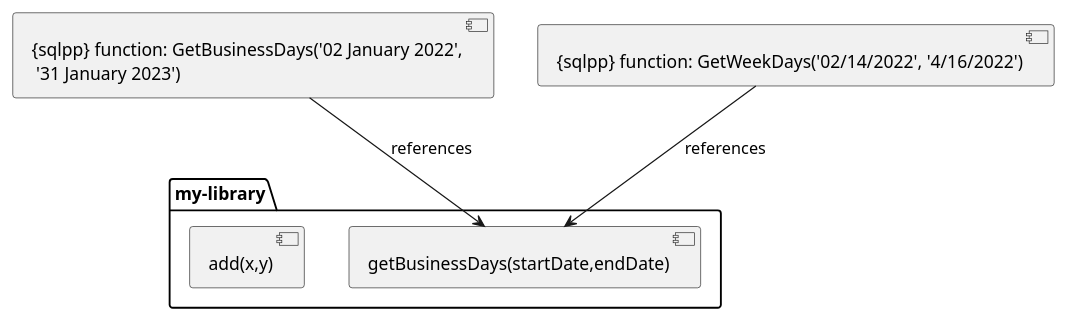
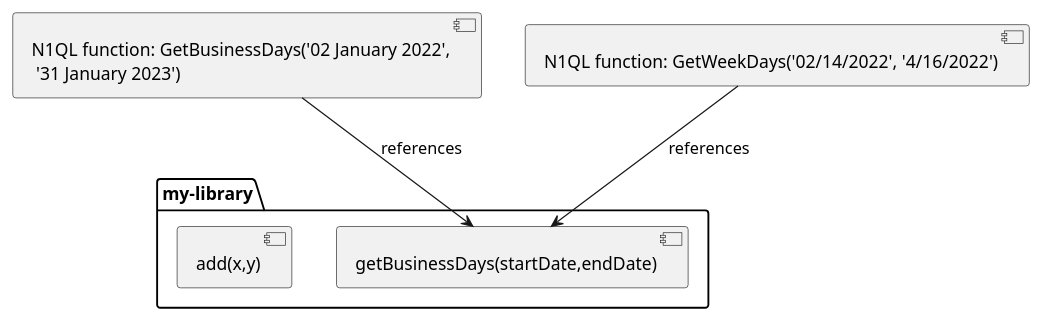
The first of 3 diagrams in modules/guides/partials/javascript-udfs/diagrams-plantuml.adoc (couchbase/docs-server), drawn with PlantUML before and after one commit. The commit also changed other lines of this file and 13 other files, not shown here.

```diff
--- a/modules/guides/partials/javascript-udfs/diagrams-plantuml.adoc
+++ b/modules/guides/partials/javascript-udfs/diagrams-plantuml.adoc
@@ -2,15 +2,15 @@
 [plantuml, subs="attributes"]
 ....
 @startuml
 
 package "my-library" {
   [getBusinessDays(startDate,endDate)] as jsGBDFunction
   [add(x,y)]
   
 }
 
-[{sqlpp} function: GetBusinessDays('02 January 2022',\n '31 January 2023')] --> jsGBDFunction : references
-[{sqlpp} function: GetWeekDays('02/14/2022', '4/16/2022')] --> jsGBDFunction : references
+[N1QL function: GetBusinessDays('02 January 2022',\n '31 January 2023')] --> jsGBDFunction : references
+[N1QL function: GetWeekDays('02/14/2022', '4/16/2022')] --> jsGBDFunction : references
 
 @enduml
 ....
```
